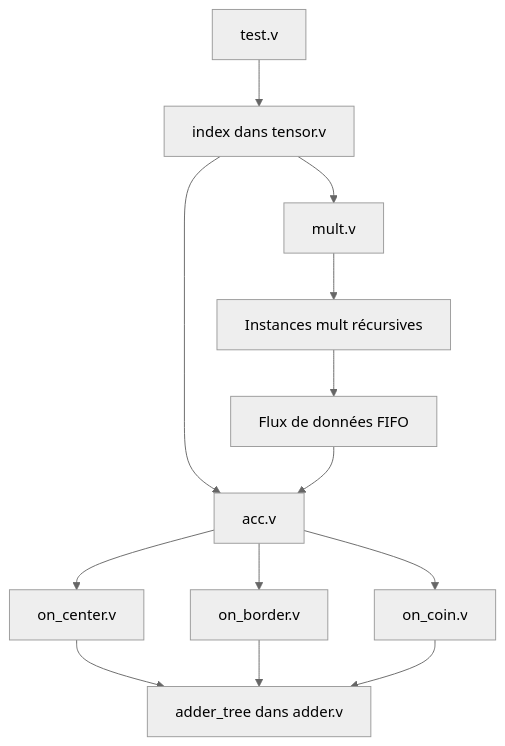
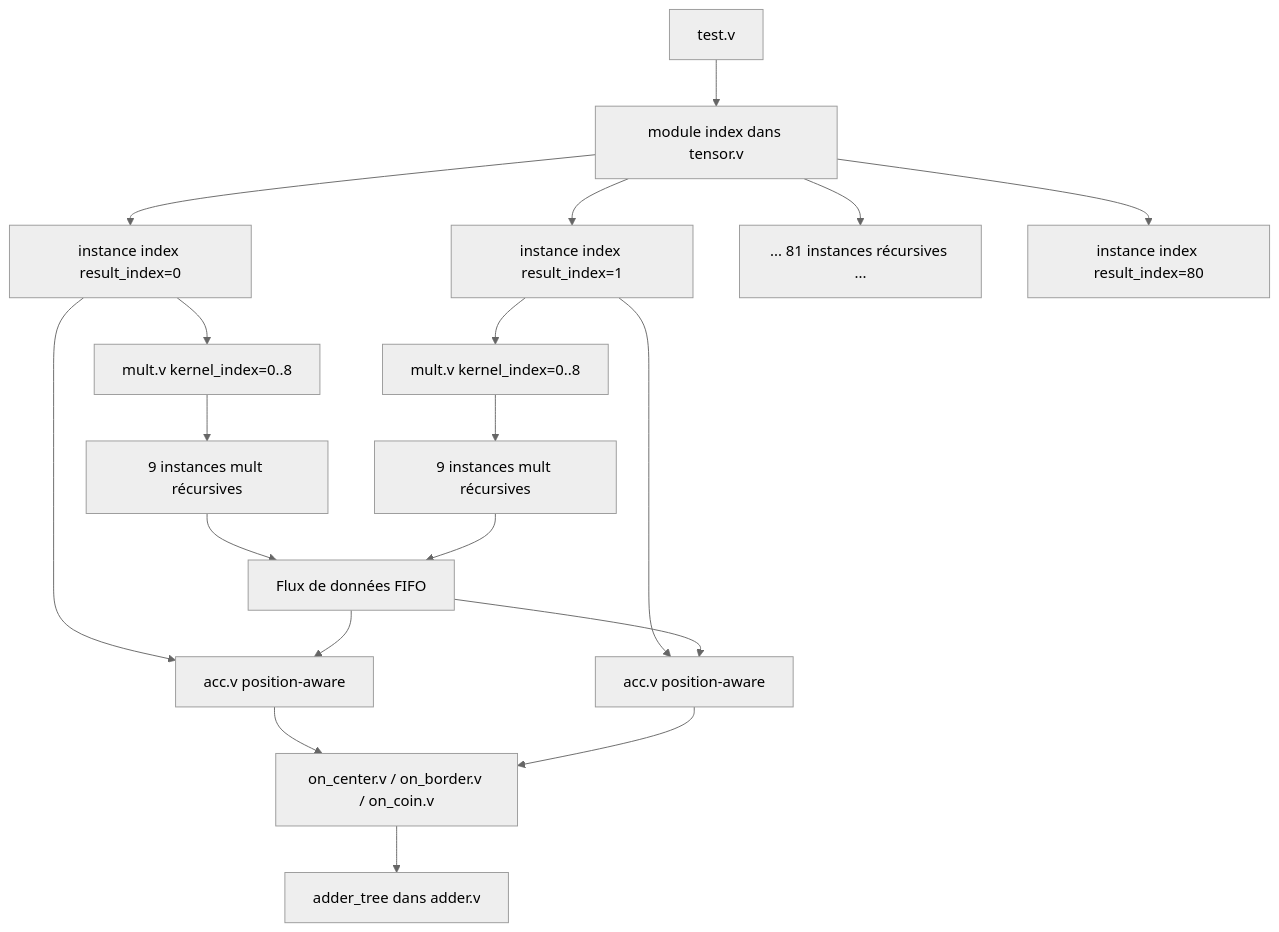
The ninth of 15 diagrams in src/tensor/README_FR.md (jalcim/logilib), drawn with Mermaid (neutral theme) before and after one commit. The commit also changed other lines of this file and 1 other file, not shown here.

````diff
--- a/src/tensor/README_FR.md
+++ b/src/tensor/README_FR.md
@@ -196,15 +196,25 @@
 ```mermaid
 graph TD
-    A[test.v] --> B[index dans tensor.v]
-    B --> C[mult.v]
-    B --> D[acc.v]
-    C --> E[Instances mult récursives]
-    D --> F[on_center.v]
-    D --> G[on_border.v]
-    D --> H[on_coin.v]
-    F --> I[adder_tree dans adder.v]
-    G --> I
-    H --> I
-    E --> J[Flux de données FIFO]
-    J --> D
+    A[test.v] --> B[module index dans tensor.v]
+    B --> B1[instance index result_index=0]
+    B --> B2[instance index result_index=1]
+    B --> B3[... 81 instances récursives ...]
+    B --> B81[instance index result_index=80]
+
+    B1 --> C1[mult.v kernel_index=0..8]
+    B1 --> D1[acc.v position-aware]
+    B2 --> C2[mult.v kernel_index=0..8]
+    B2 --> D2[acc.v position-aware]
+
+    C1 --> E1[9 instances mult récursives]
+    C2 --> E2[9 instances mult récursives]
+
+    D1 --> F[on_center.v / on_border.v / on_coin.v]
+    D2 --> F
+    F --> G[adder_tree dans adder.v]
+
+    E1 --> H[Flux de données FIFO]
+    E2 --> H
+    H --> D1
+    H --> D2
 ```
````
